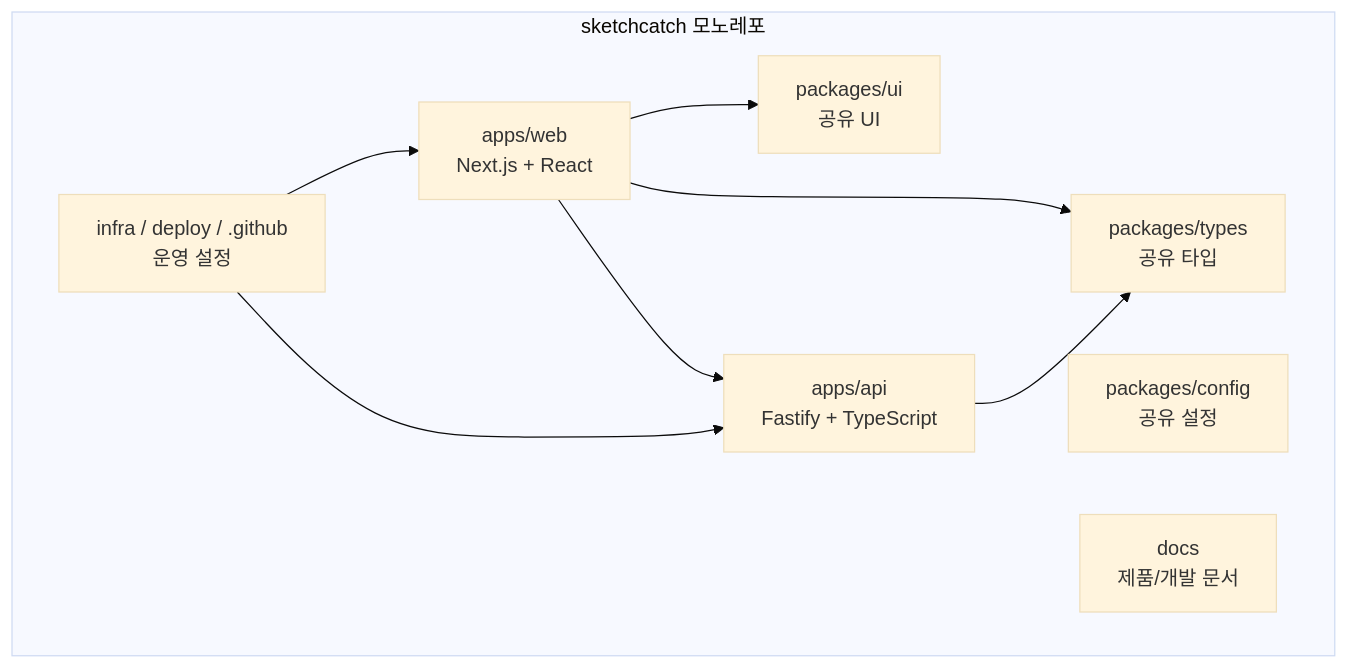
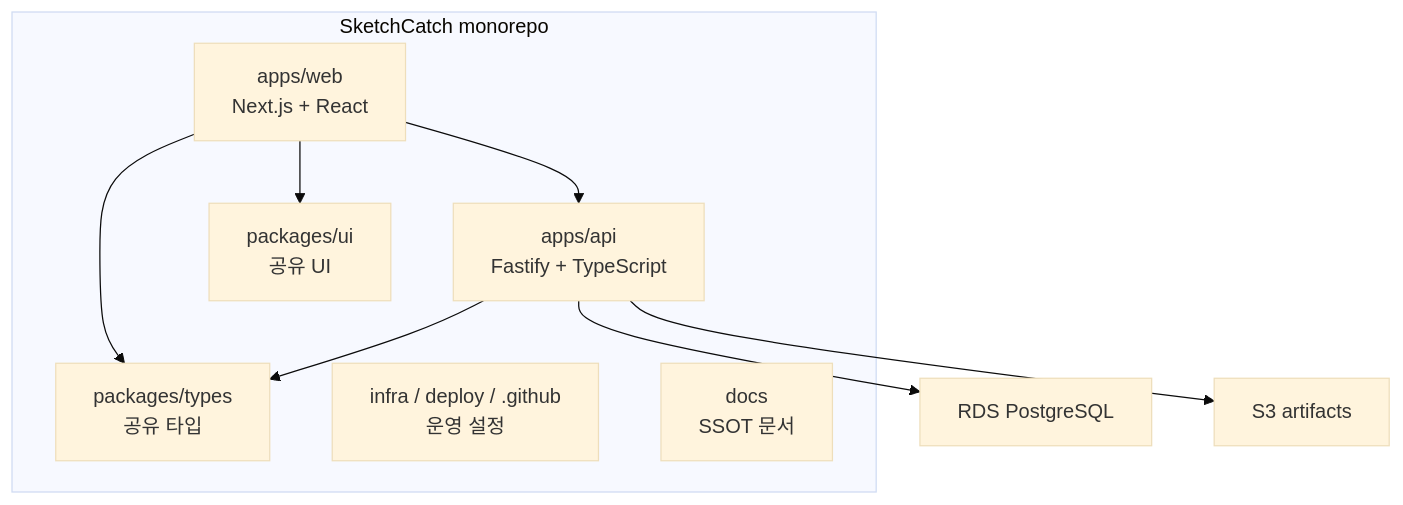
The first of 2 diagrams in docs/architecture.md (NearthYou/SketchCatch), drawn with Mermaid (base theme) before and after one commit. The commit also changed other lines of this file and 6 other files, not shown here.

````diff
--- a/docs/architecture.md
+++ b/docs/architecture.md
@@ -7,19 +7,18 @@
 ```mermaid
 flowchart TB
-  subgraph Repo["sketchcatch 모노레포"]
+  subgraph Repo["SketchCatch monorepo"]
     Web["apps/web\nNext.js + React"]
     Api["apps/api\nFastify + TypeScript"]
     UI["packages/ui\n공유 UI"]
     Types["packages/types\n공유 타입"]
-    Config["packages/config\n공유 설정"]
     Infra["infra / deploy / .github\n운영 설정"]
-    Docs["docs\n제품/개발 문서"]
+    Docs["docs\nSSOT 문서"]
   end
 
   Web --> Types
   Web --> UI
+  Web --> Api
   Api --> Types
-  Web --> Api
-  Infra --> Web
-  Infra --> Api
+  Api --> RDS["RDS PostgreSQL"]
+  Api --> S3["S3 artifacts"]
 ```
````
